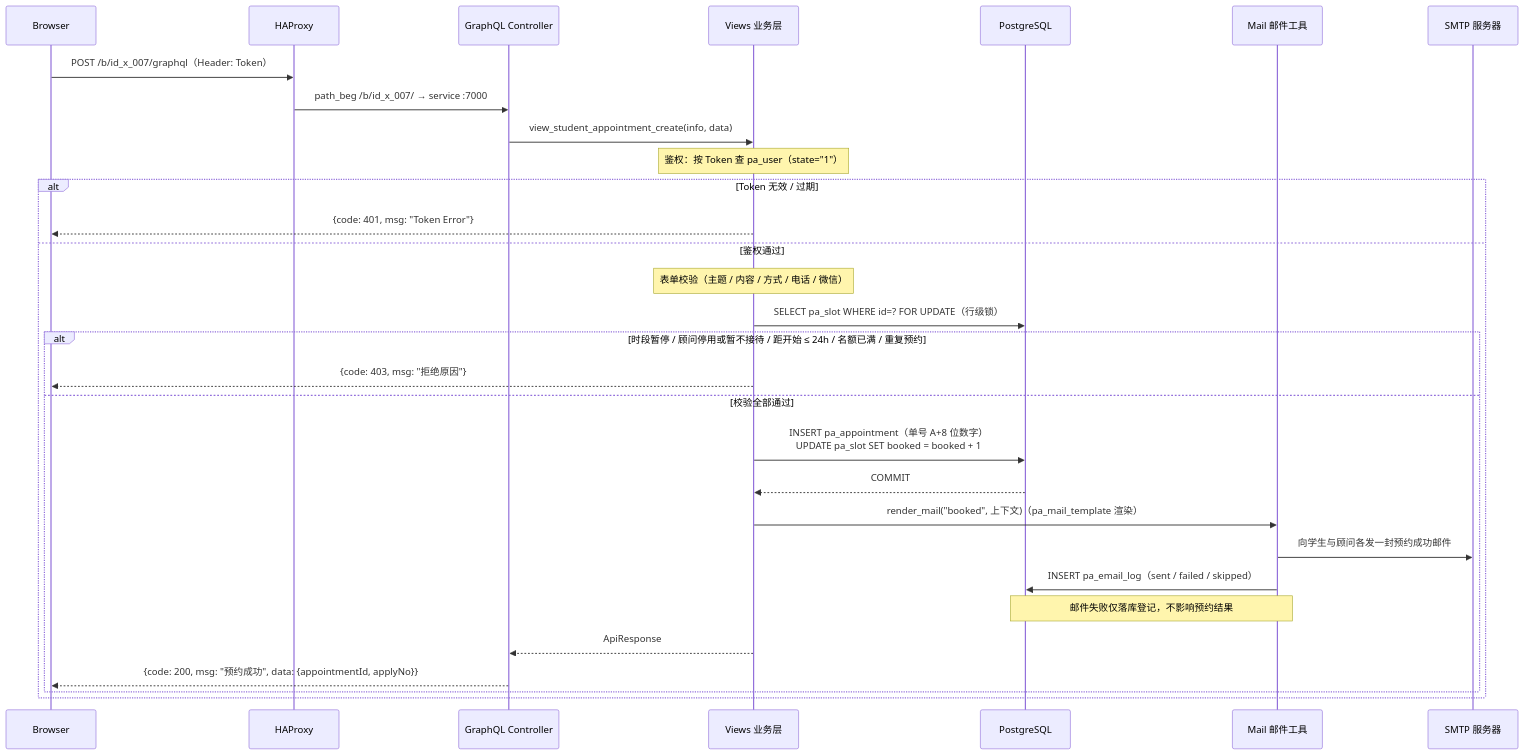
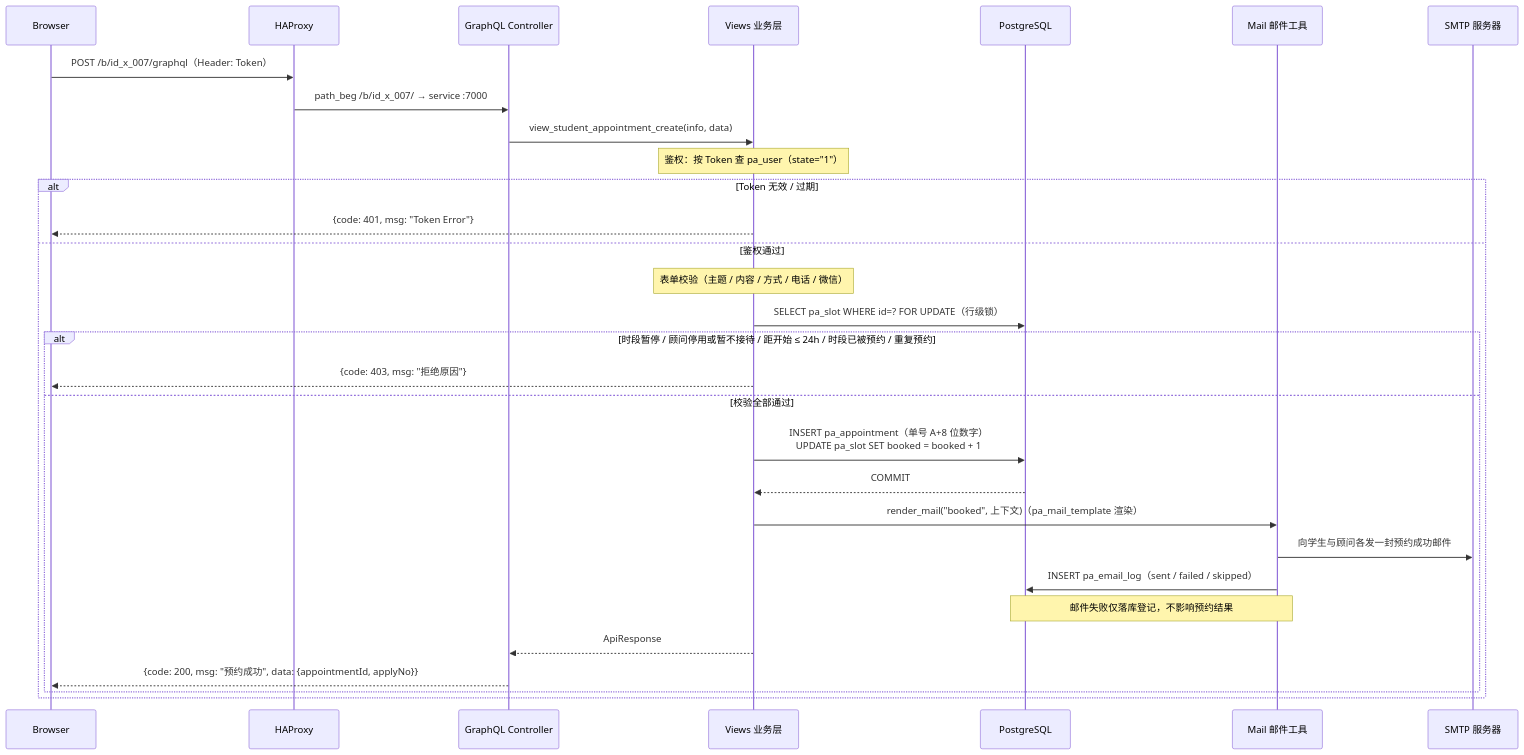
One commit to i-TorchLabs/id_x_007 changed the second of 2 diagrams in README.md. Above: the diagram before and after it, drawn with Mermaid. The commit also changed other lines of this file and 64 other files, not shown here.

````diff
--- a/README.md
+++ b/README.md
@@ -113,33 +113,33 @@
 ```mermaid
 sequenceDiagram
     participant B as Browser
     participant H as HAProxy
     participant GC as GraphQL Controller
     participant V as Views 业务层
     participant PG as PostgreSQL
     participant MAIL as Mail 邮件工具
     participant SMTP as SMTP 服务器
 
     B->>H: POST /b/id_x_007/graphql（Header: Token）
     H->>GC: path_beg /b/id_x_007/ → service :7000
     GC->>V: view_student_appointment_create(info, data)
     Note over V: 鉴权：按 Token 查 pa_user（state="1"）
     alt Token 无效 / 过期
         V-->>B: {code: 401, msg: "Token Error"}
     else 鉴权通过
         Note over V: 表单校验（主题 / 内容 / 方式 / 电话 / 微信）
         V->>PG: SELECT pa_slot WHERE id=? FOR UPDATE（行级锁）
-        alt 时段暂停 / 顾问停用或暂不接待 / 距开始 ≤ 24h / 名额已满 / 重复预约
+        alt 时段暂停 / 顾问停用或暂不接待 / 距开始 ≤ 24h / 时段已被预约 / 重复预约
             V-->>B: {code: 403, msg: "拒绝原因"}
         else 校验全部通过
             V->>PG: INSERT pa_appointment（单号 A+8 位数字）<br/>UPDATE pa_slot SET booked = booked + 1
             PG-->>V: COMMIT
             V->>MAIL: render_mail("booked", 上下文)（pa_mail_template 渲染）
             MAIL->>SMTP: 向学生与顾问各发一封预约成功邮件
             MAIL->>PG: INSERT pa_email_log（sent / failed / skipped）
             Note over MAIL,PG: 邮件失败仅落库登记，不影响预约结果
             V-->>GC: ApiResponse
             GC-->>B: {code: 200, msg: "预约成功", data: {appointmentId, applyNo}}
         end
     end
 ```
````
